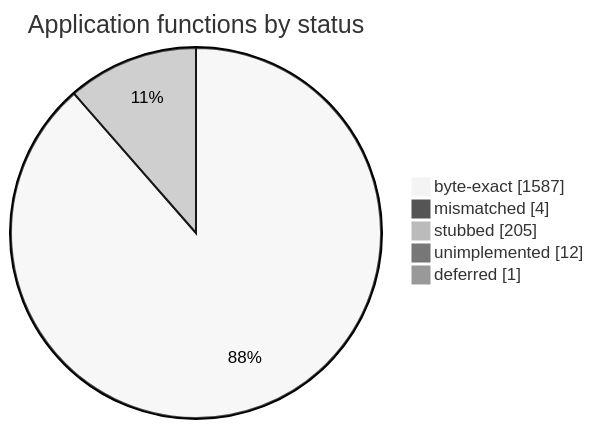
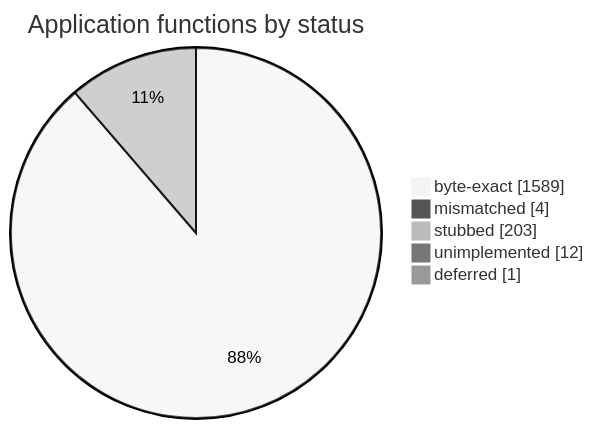
The diagram in README.md (sorokya/eos), drawn with Mermaid (neutral theme) before and after one commit. The commit also changed other lines of this file and 5 other files, not shown here.

First line of the commit message:
Swarm batch 8: Weddings::Tick and JukeBoxController::Add byte-exact

````diff
--- a/README.md
+++ b/README.md
@@ -152,9 +152,9 @@
 ```mermaid
 pie showData
     title Application functions by status
-    "byte-exact" : 1587
+    "byte-exact" : 1589
     "mismatched" : 4
-    "stubbed" : 205
+    "stubbed" : 203
     "unimplemented" : 12
     "deferred" : 1
 ```
````
